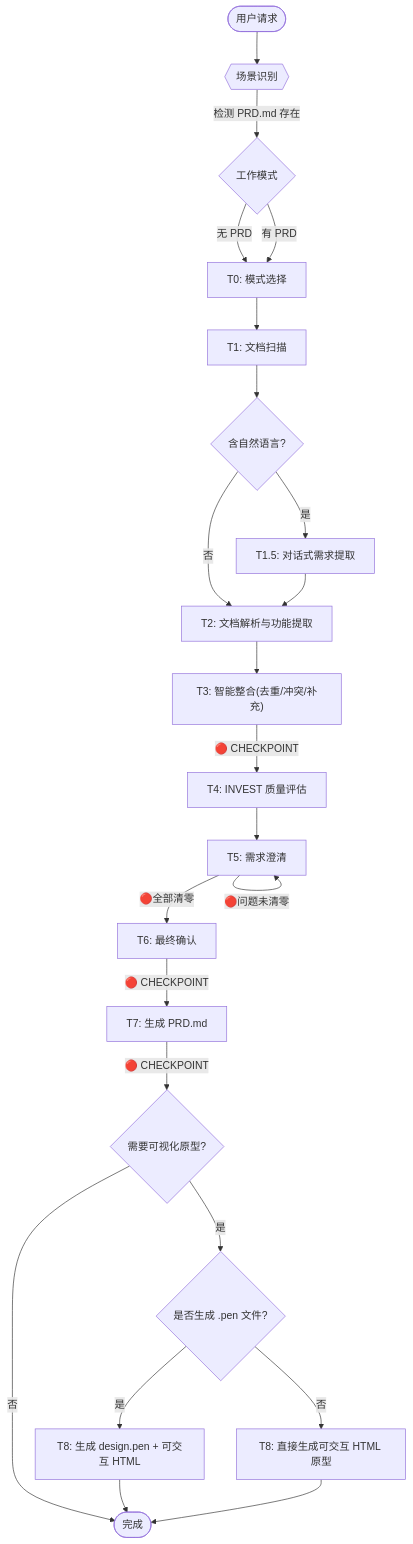
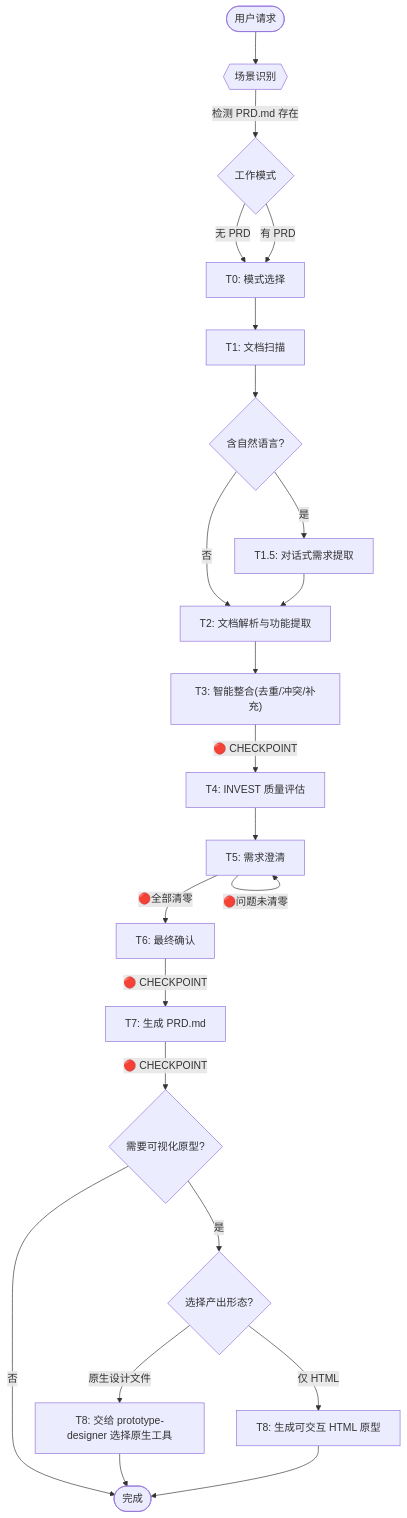
Before and after one commit to WikkyGao/requirement-analysis: the diagram in SKILL.md, drawn with Mermaid. The commit also changed other lines of this file and 4 other files, not shown here.

Commit message:
feat: T8 仅决定产出形态，具体工具交给 prototype-designer (v2.0.0)

````diff
--- a/SKILL.md
+++ b/SKILL.md
@@ -17,27 +17,27 @@
 ```mermaid
 graph TD
     START([用户请求]) --> SR{{场景识别}}
     SR -->|检测 PRD.md 存在| Mode{工作模式}
     Mode -->|无 PRD| T0["T0: 模式选择"]
     Mode -->|有 PRD| T0
     T0 --> T1["T1: 文档扫描"]
 
     T1 --> HasNL{含自然语言?}
     HasNL -->|是| T1_5["T1.5: 对话式需求提取"]
     HasNL -->|否| T2["T2: 文档解析与功能提取"]
     T1_5 --> T2
 
     T2 --> T3["T3: 智能整合(去重/冲突/补充)"]
     T3 -->|🔴 CHECKPOINT| T4["T4: INVEST 质量评估"]
     T4 --> T5["T5: 需求澄清"]
     T5 -->|🔴问题未清零| T5
     T5 -->|🔴全部清零| T6["T6: 最终确认"]
     T6 -->|🔴 CHECKPOINT| T7["T7: 生成 PRD.md"]
     T7 -->|🔴 CHECKPOINT| T8{"需要可视化原型?"}
     T8 -->|否| END([完成])
-    T8 -->|是| T8_Form{"是否生成 .pen 文件?"}
-    T8_Form -->|是| T8_Pen["T8: 生成 design.pen + 可交互 HTML"]
-    T8_Form -->|否| T8_Html["T8: 直接生成可交互 HTML 原型"]
-    T8_Pen --> END
+    T8 -->|是| T8_Form{"选择产出形态?"}
+    T8_Form -->|原生设计文件| T8_Native["T8: 交给 prototype-designer 选择原生工具"]
+    T8_Form -->|仅 HTML| T8_Html["T8: 生成可交互 HTML 原型"]
+    T8_Native --> END
     T8_Html --> END
 ```
````
